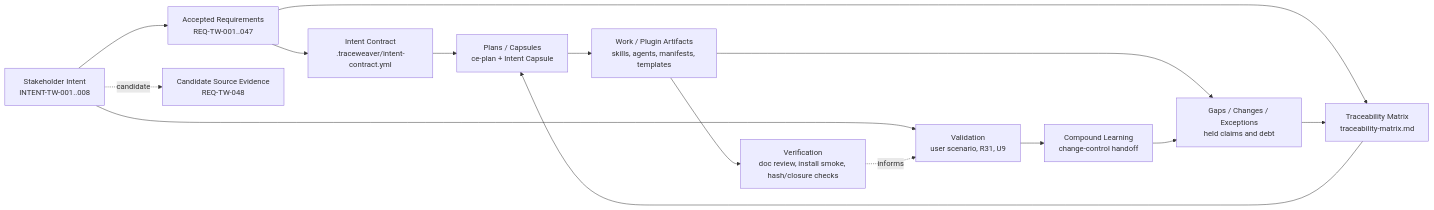
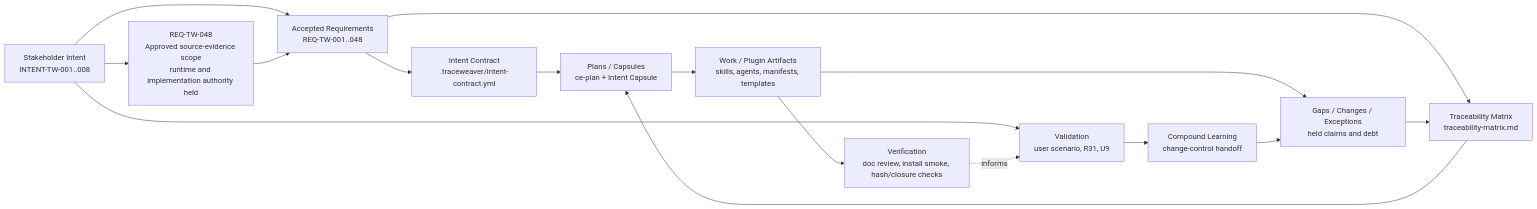
Before and after one commit to Oxiom-Systems/traceweaver: the diagram in traceability-matrix.md, drawn with Mermaid. The commit also changed other lines of this file and 6 other files, not shown here.

````diff
--- a/traceability-matrix.md
+++ b/traceability-matrix.md
@@ -245,29 +251,30 @@
 ```mermaid
 flowchart LR
     I["Stakeholder Intent<br/>INTENT-TW-001..008"]
-    R["Accepted Requirements<br/>REQ-TW-001..047"]
-    RC["Candidate Source Evidence<br/>REQ-TW-048"]
+    R["Accepted Requirements<br/>REQ-TW-001..048"]
+    R48["REQ-TW-048<br/>Approved source-evidence scope<br/>runtime and implementation authority held"]
     IC["Intent Contract<br/>.traceweaver/intent-contract.yml"]
     M["Traceability Matrix<br/>traceability-matrix.md"]
     P["Plans / Capsules<br/>ce-plan + Intent Capsule"]
     W["Work / Plugin Artifacts<br/>skills, agents, manifests, templates"]
     V["Verification<br/>doc review, install smoke, hash/closure checks"]
     VAL["Validation<br/>user scenario, R31, U9"]
     G["Gaps / Changes / Exceptions<br/>held claims and debt"]
     C["Compound Learning<br/>change-control handoff"]
 
     I --> R
-    I -. candidate .-> RC
+    I --> R48
+    R48 --> R
     R --> IC
     R --> M
     IC --> P
     M --> P
     P --> W
     W --> V
     I --> VAL
     V -. "informs" .-> VAL
     W --> G
     G --> M
     VAL --> C
     C --> G
 ```
````
